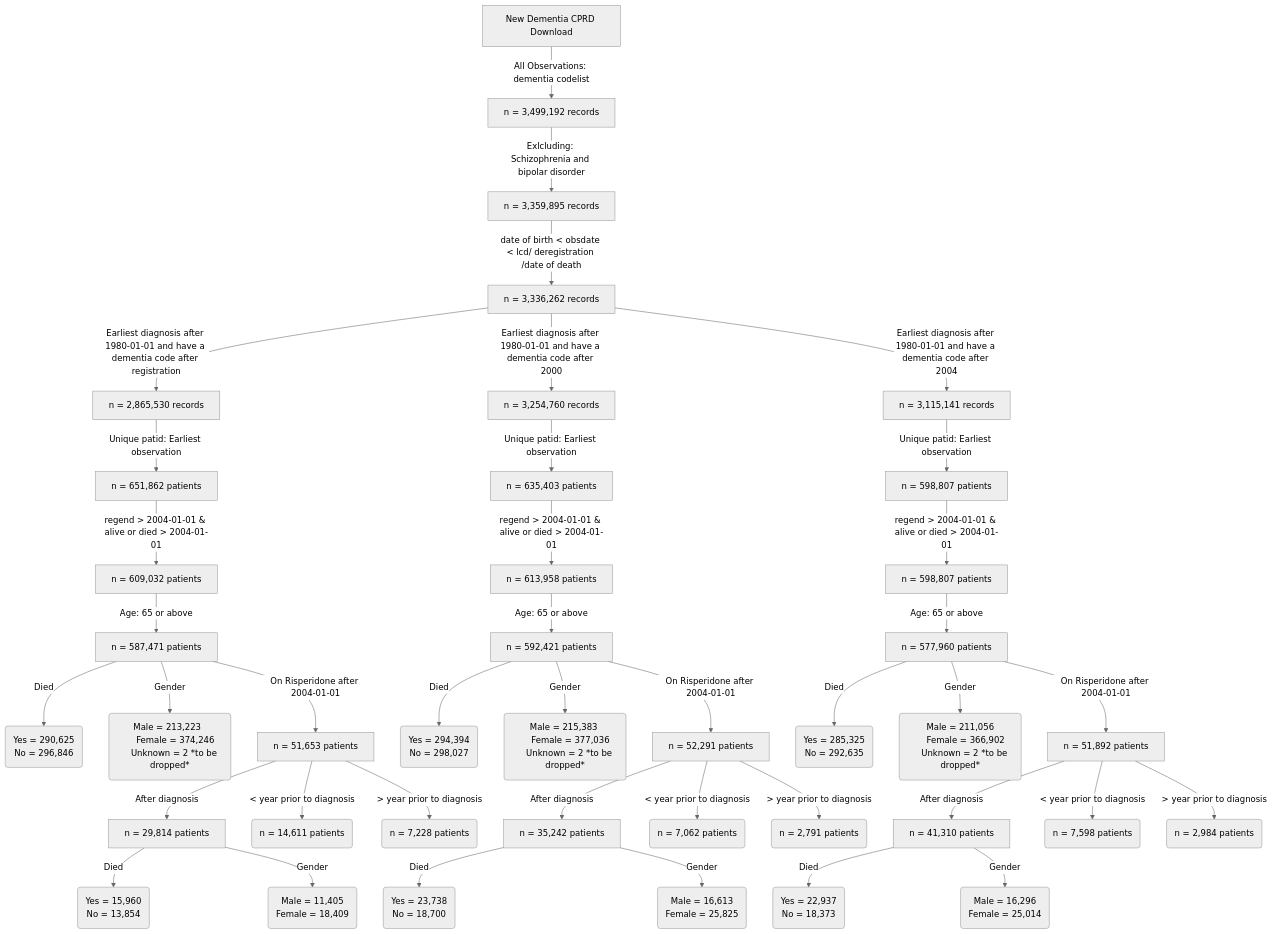
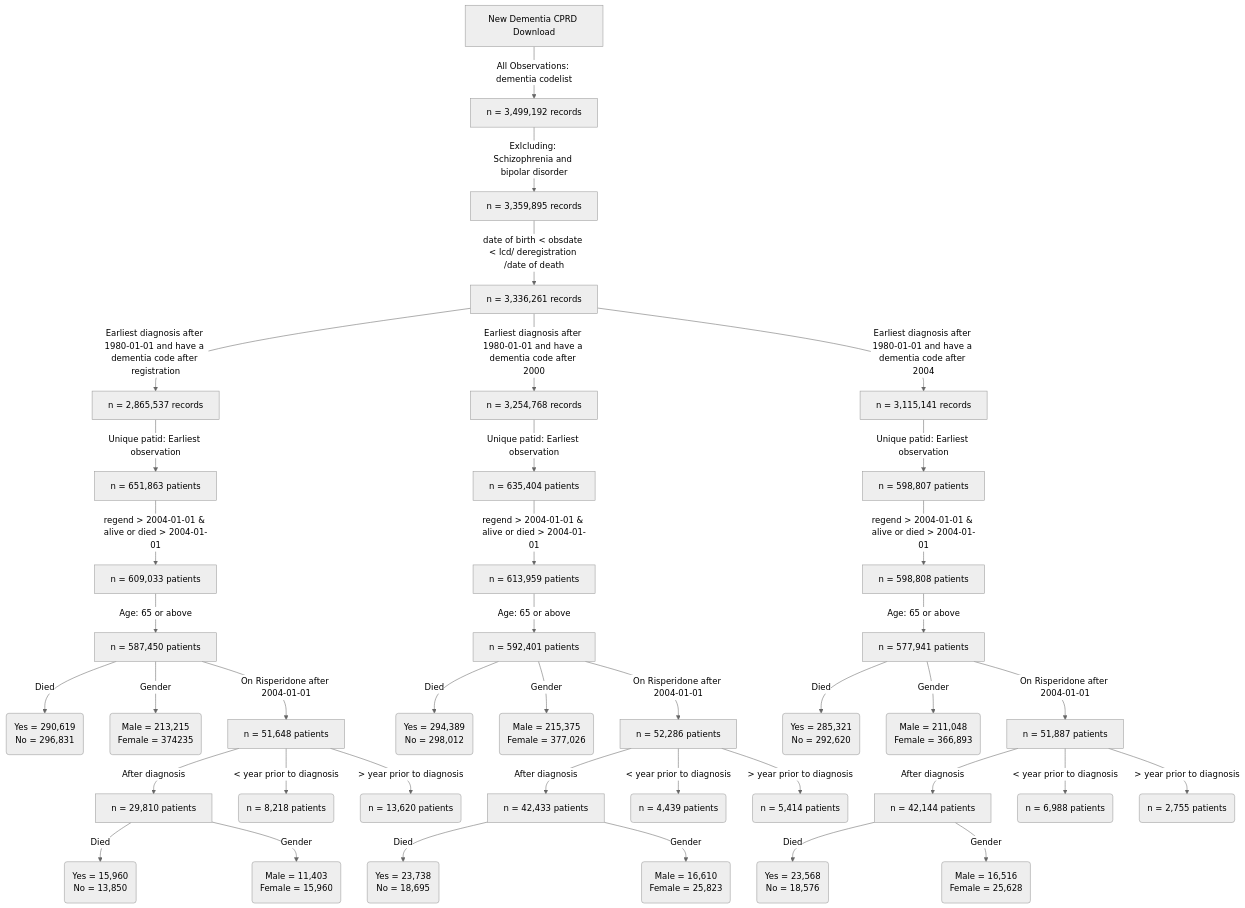
Before and after one commit to Exeter-Diabetes/Dementia: the diagram in README.md, drawn with Mermaid (neutral theme).

````diff
--- a/README.md
+++ b/README.md
@@ -1,80 +1,57 @@
 ```mermaid
 
 flowchart TD
-    A[New Dementia CPRD Download ] -->|All Observations: dementia codelist| B(n = 3,499,192 records)
-    B[n = 3,499,192 records] -->|Exlcluding: Schizophrenia and bipolar disorder| BB(n = 3,359,895 records)
-    BB[n = 3,359,895 records ] -->| date of birth < obsdate < lcd/ deregistration /date of death  | C(n = 3,336,262 records)
-    C[n = 3,336,262 records ] -->| Earliest diagnosis after 1980-01-01 and have a dementia code after registration   | DA(n = 2,865,530 records)
-    C[n = 3,336,262 records ] -->| Earliest diagnosis after 1980-01-01 and have a dementia code after 2000  | DC(n = 3,254,760 records)
-    C[n = 3,336,262 records ] -->| Earliest diagnosis after 1980-01-01 and have a dementia code after 2004  | DB(n = 3,115,141 records)
-
-    DA[n = 2,865,530 records ] -->| Unique patid: Earliest observation   | E(n = 651,862 patients)
-    DC[n = 3,254,760 records ] -->| Unique patid: Earliest observation   | F(n = 635,403 patients)
-    DB[n = 3,115,141 records ] -->| Unique patid: Earliest observation   | G(n = 598,807 patients)
-
-    E[n = 651,862 patients] -->| regend > 2004-01-01 & alive or died > 2004-01-01  | EE(n = 609,032 patients)
-    F[n = 635,403 patients] -->| regend > 2004-01-01 & alive or died > 2004-01-01  | FF(n = 613,958 patients)
-    G[n = 598,807 patients] -->| regend > 2004-01-01 & alive or died > 2004-01-01  | GG(n = 598,807 patients)
-
-    EE[n = 609,032 patients] -->| Age: 65 or above  | EJ(n = 587,471 records)
-    FF[n = 613,958 patients] -->| Age: 65 or above  | FJ(n = 592,421 records)
-    GG[n = 598,807 patients] -->| Age: 65 or above  | GJ(n = 577,960 records)
+    A["New Dementia CPRD Download"] -- All Observations: dementia codelist --> B["n = 3,499,192 records"]
+    B -- Exlcluding: Schizophrenia and bipolar disorder --> BB["n = 3,359,895 records"]
+    BB -- date of birth &lt; obsdate &lt; lcd/ deregistration /date of death --> C["n = 3,336,261 records"]
+    C -- Earliest diagnosis after 1980-01-01 and have a dementia code after registration --> DA["n = 2,865,537 records"]
+    C -- Earliest diagnosis after 1980-01-01 and have a dementia code after 2000 --> DC["n = 3,254,768 records"]
+    C -- Earliest diagnosis after 1980-01-01 and have a dementia code after 2004 --> DB["n = 3,115,141 records"]
+    DA -- Unique patid: Earliest observation --> E["n = 651,863 patients"]
+    DC -- Unique patid: Earliest observation --> F["n = 635,404 patients"]
+    DB -- Unique patid: Earliest observation --> G["n = 598,807 patients"]
+    E -- regend > 2004-01-01 & alive or died > 2004-01-01 --> EE["n = 609,033 patients"]
+    F -- regend > 2004-01-01 & alive or died > 2004-01-01 --> FF["n = 613,959 patients"]
+    G -- regend > 2004-01-01 & alive or died > 2004-01-01 --> GG["n = 598,808 patients"]
+    EE -- Age: 65 or above --> EJ["n = 587,450 patients"]
+    FF -- Age: 65 or above --> FJ["n = 592,401 patients"]
+    GG -- Age: 65 or above --> GJ["n = 577,941 patients"]
+    EJ -- Died --> J("Yes = 290,619   
+    No = 296,831")
+    EJ -- Gender --> K("Male = 213,215     
+    Female = 374235")
+    EJ -- On Risperidone after 2004-01-01 --> JJ["n = 51,648 patients"]
+    JJ -- After diagnosis --> ZA["n = 29,810 patients"]
+    JJ -- &lt; year prior to diagnosis --> ZB("n = 8,218 patients")
+    JJ -- > year prior to diagnosis --> ZC("n = 13,620 patients")
+    ZA -- Died --> XA("Yes = 15,960  
+    No = 13,850 ")
+    ZA -- Gender --> XB("Male = 11,403  
+    Female = 15,960 ")
+    FJ -- Died --> R("Yes = 294,389   
+    No = 298,012")
+    FJ -- Gender --> Q("Male = 215,375  
+    Female = 377,026")
+    FJ -- On Risperidone after 2004-01-01 --> KK["n = 52,286 patients"]
+    KK -- After diagnosis --> VA["n = 42,433 patients"]
+    KK -- &lt; year prior to diagnosis --> VB("n = 4,439 patients")
+    KK -- > year prior to diagnosis --> VC("n = 5,414 patients")
+    VA -- Died --> YA("Yes = 23,738 
+    No = 18,695")
+    VA -- Gender --> YB("Male = 16,610    
+    Female = 25,823")
+    GJ -- Died --> S("Yes = 285,321  
+    No = 292,620")
+    GJ -- Gender --> T("Male = 211,048 
+    Female = 366,893")
+    GJ -- On Risperidone after 2004-01-01 --> LL["n = 51,887 patients"]
+    LL -- After diagnosis --> AA["n = 42,144 patients"]
+    LL -- &lt; year prior to diagnosis --> AB("n = 6,988 patients")
+    LL -- > year prior to diagnosis --> AC("n = 2,755 patients")
+    AA -- Died --> HA("Yes = 23,568     
+    No = 18,576")
+    AA -- Gender --> HB("Male = 16,516    
+    Female = 25,628")
 
 
-    EJ[n = 587,471 patients] -->| Died  | J(Yes = 290,625 
-    No = 296,846)
-    EJ[n = 401,588 patients] -->| Gender  | K(Male = 213,223  
-    Female = 374,246
-    Unknown = 2 *to be dropped*)
-    EJ[n = 587,471 patients] -->| On Risperidone after 2004-01-01  | JJ(n = 51,653 patients)
-    JJ[n = 51,653 patients] -->| After diagnosis | ZA(n = 29,814 patients)
-    JJ[n = 51,653 patients] -->| < year prior to diagnosis | ZB(n = 14,611 patients)
-    JJ[n = 51,653 patients] -->| > year prior to diagnosis | ZC(n = 7,228 patients)
-
-    ZA[n = 29,814 patients] -->| Died  | XA(Yes = 15,960 
-    No = 13,854 )
-    ZA[n = 29,814 patients] -->| Gender  | XB(Male = 11,405 
-    Female = 18,409  
-    )
-
-    
-
-
-    FJ[n = 592,421 patients] -->| Died  | R(Yes = 294,394 
-    No = 298,027  )
-    FJ[n = 592,421 patients] -->| Gender  | Q(Male = 215,383 
-    Female = 377,036
-    Unknown = 2 *to be dropped* )
-
-
-    FJ[n = 592,421 patients] -->| On Risperidone after 2004-01-01  | KK(n = 52,291 patients)
-    KK[n = 52,291 patients] -->| After diagnosis | VA(n = 42,438)
-    KK[n = 52,291 patients] -->| < year prior to diagnosis | VB(n = 7,062 patients)
-    KK[n = 52,291 patients] -->| > year prior to diagnosis | VC(n = 2,791 patients)
-
-    VA[n = 35,242 patients] -->| Died  | YA(Yes = 23,738 
-    No = 18,700 )
-    VA[n = 35,242 patients] -->| Gender  | YB(Male = 16,613   
-    Female = 25,825   
-    )
-
-
-    GJ[n = 577,960 patients] -->| Died  | S(Yes = 285,325 
-    No = 292,635  )
-    GJ[n = 577,960 patients] -->| Gender  | T(Male = 211,056
-    Female = 366,902
-    Unknown = 2 *to be dropped*)
-
-
-
-    GJ[n = 577,960 patients] -->| On Risperidone after 2004-01-01  | LL(n = 51,892 patients)
-    LL[n = 51,892 patients] -->| After diagnosis | AA(n = 41,310)
-    LL[n = 51,892 patients] -->| < year prior to diagnosis | AB(n = 7,598 patients)
-    LL[n = 51,892 patients] -->| > year prior to diagnosis | AC(n = 2,984 patients)
-
-    AA[n = 41,310 patients] -->| Died  | HA(Yes = 22,937    
-    No = 18,373  )
-    AA[n = 41,310 patients] -->| Gender  | HB(Male = 16,296   
-    Female = 25,014     
-    )
 ```
````
